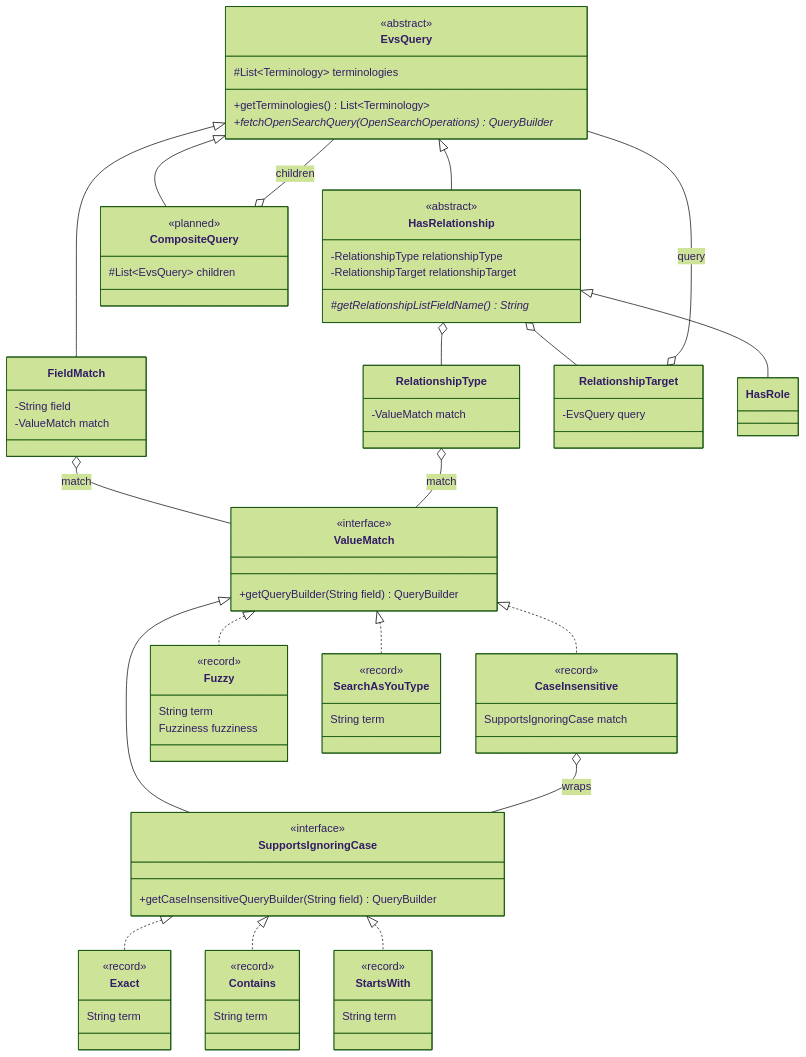
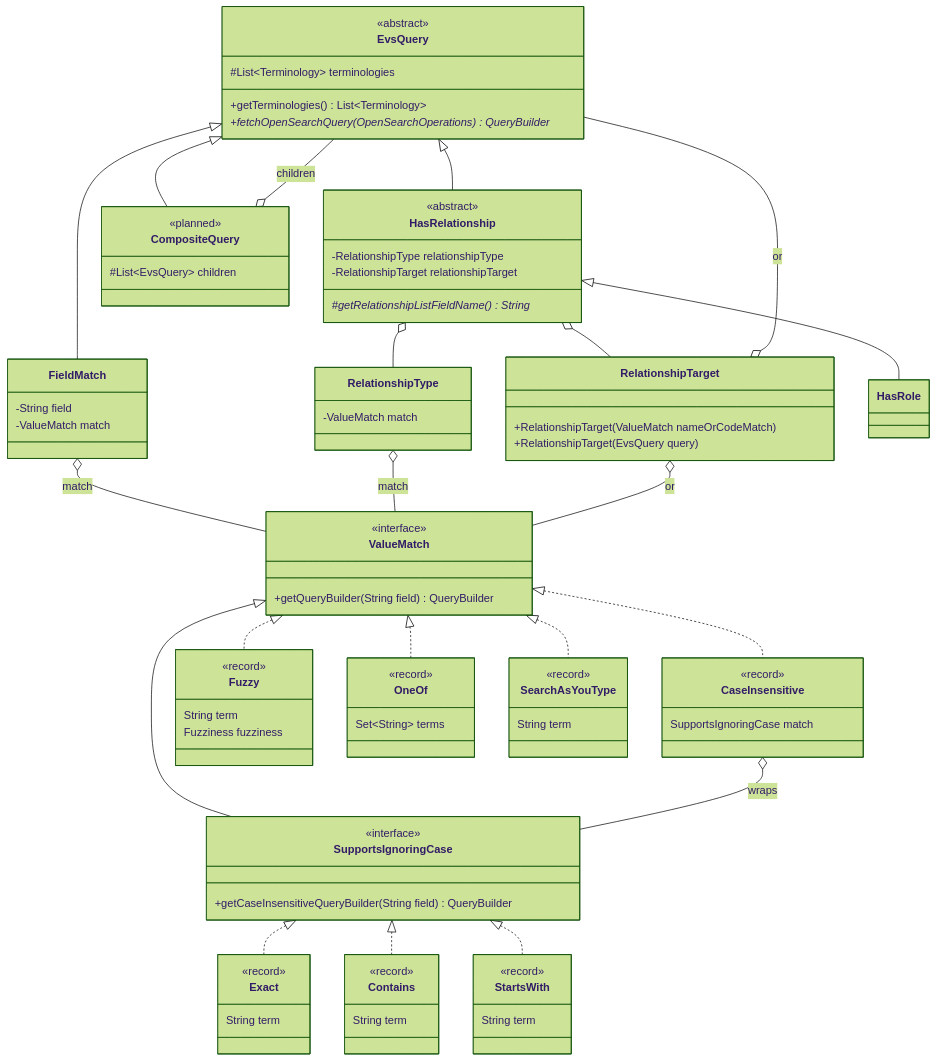
Before and after one commit to WestCoastInformatics/evsrestapi: the diagram in src/main/java/gov/nih/nci/evs/api/query/README.md, drawn with Mermaid (forest theme). The commit also changed other lines of this file and 10 other files, not shown here.

First line of the commit message:
Match relationship targets by value, keep FieldMatch out of HasRoleTest

```diff
--- a/src/main/java/gov/nih/nci/evs/api/query/README.md
+++ b/src/main/java/gov/nih/nci/evs/api/query/README.md
@@ -70,7 +70,8 @@
     }
 
     class RelationshipTarget {
-        -EvsQuery query
+        +RelationshipTarget(ValueMatch nameOrCodeMatch)
+        +RelationshipTarget(EvsQuery query)
     }
 
     class CompositeQuery {
@@ -109,6 +110,10 @@
         String term
         Fuzziness fuzziness
     }
+    class OneOf {
+        <<record>>
+        Set~String~ terms
+    }
     class SearchAsYouType {
         <<record>>
         String term
@@ -123,12 +128,14 @@
     HasRelationship o-- RelationshipType
     HasRelationship o-- RelationshipTarget
     RelationshipType o-- ValueMatch : match
-    RelationshipTarget o-- EvsQuery : query
+    RelationshipTarget o-- ValueMatch : or
+    RelationshipTarget o-- EvsQuery : or
 
     ValueMatch <|-- SupportsIgnoringCase
     ValueMatch <|.. CaseInsensitive
     ValueMatch <|.. Fuzzy
     ValueMatch <|.. SearchAsYouType
+    ValueMatch <|.. OneOf
     SupportsIgnoringCase <|.. Exact
     SupportsIgnoringCase <|.. Contains
     SupportsIgnoringCase <|.. StartsWith
```
